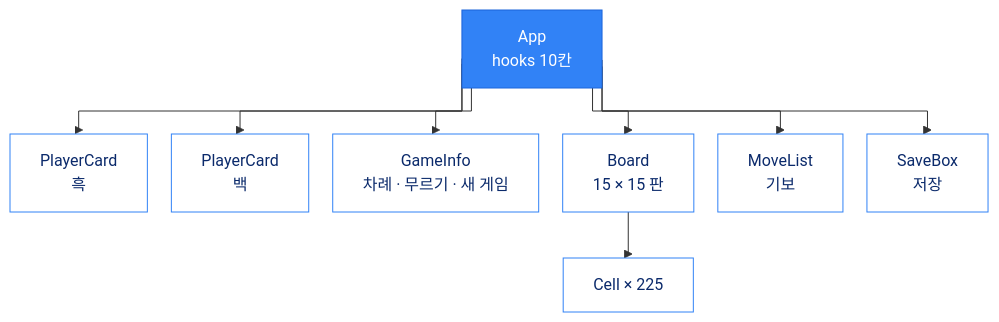
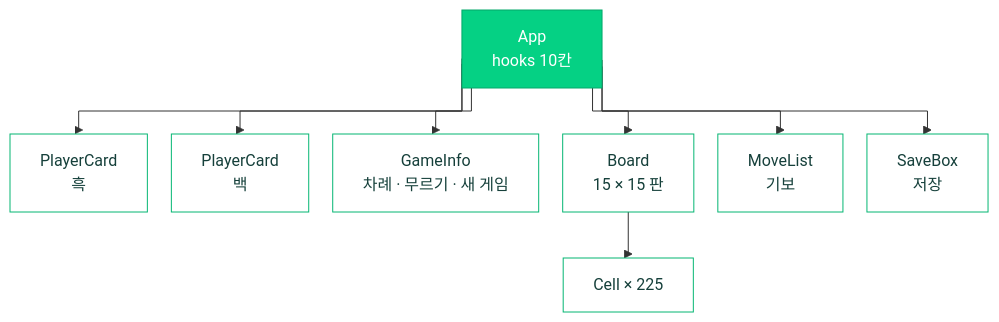
One commit to Jongeume/mini-react changed the second of 3 diagrams in README.md. Above: the diagram before and after it, drawn with Mermaid. The commit also changed other lines of this file and 1 other file, not shown here.

````diff
--- a/README.md
+++ b/README.md
@@ -88,25 +88,25 @@
 ```mermaid
 %%{init: {"flowchart": {"curve": "stepBefore", "nodeSpacing": 24, "rankSpacing": 46}}}%%
 flowchart TB
   APP["App<br/>hooks 10칸"]
   P1["PlayerCard<br/>흑"]
   P2["PlayerCard<br/>백"]
   INFO["GameInfo<br/>차례 · 무르기 · 새 게임"]
   BOARD["Board<br/>15 × 15 판"]
   MOVES["MoveList<br/>기보"]
   SAVE["SaveBox<br/>저장"]
   CELL["Cell × 225"]
 
   APP --> P1
   APP --> P2
   APP --> INFO
   APP --> BOARD
   APP --> MOVES
   APP --> SAVE
   BOARD --> CELL
 
-  classDef root fill:#3182f6,stroke:#1b64da,color:#ffffff
-  classDef child fill:#ffffff,stroke:#3182f6,color:#0b2a6b
+  classDef root fill:#05d184,stroke:#04a86a,color:#ffffff
+  classDef child fill:#ffffff,stroke:#05b673,color:#16403b
   class APP root
   class P1,P2,INFO,BOARD,MOVES,SAVE,CELL child
 ```
````
